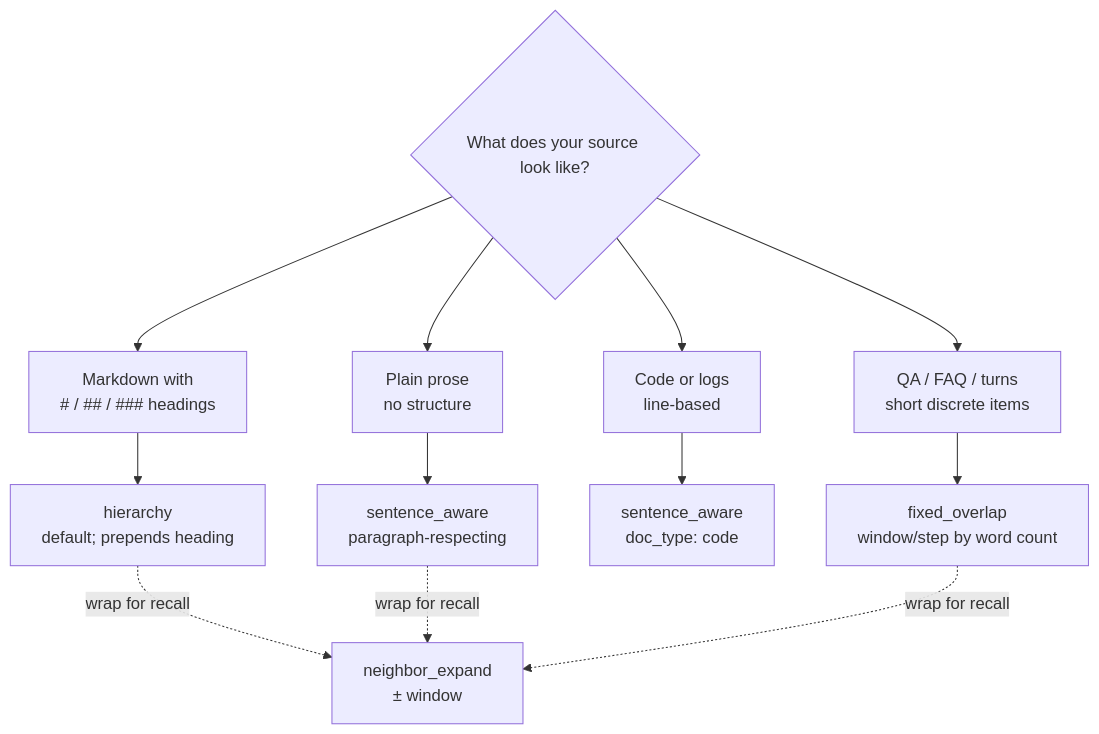
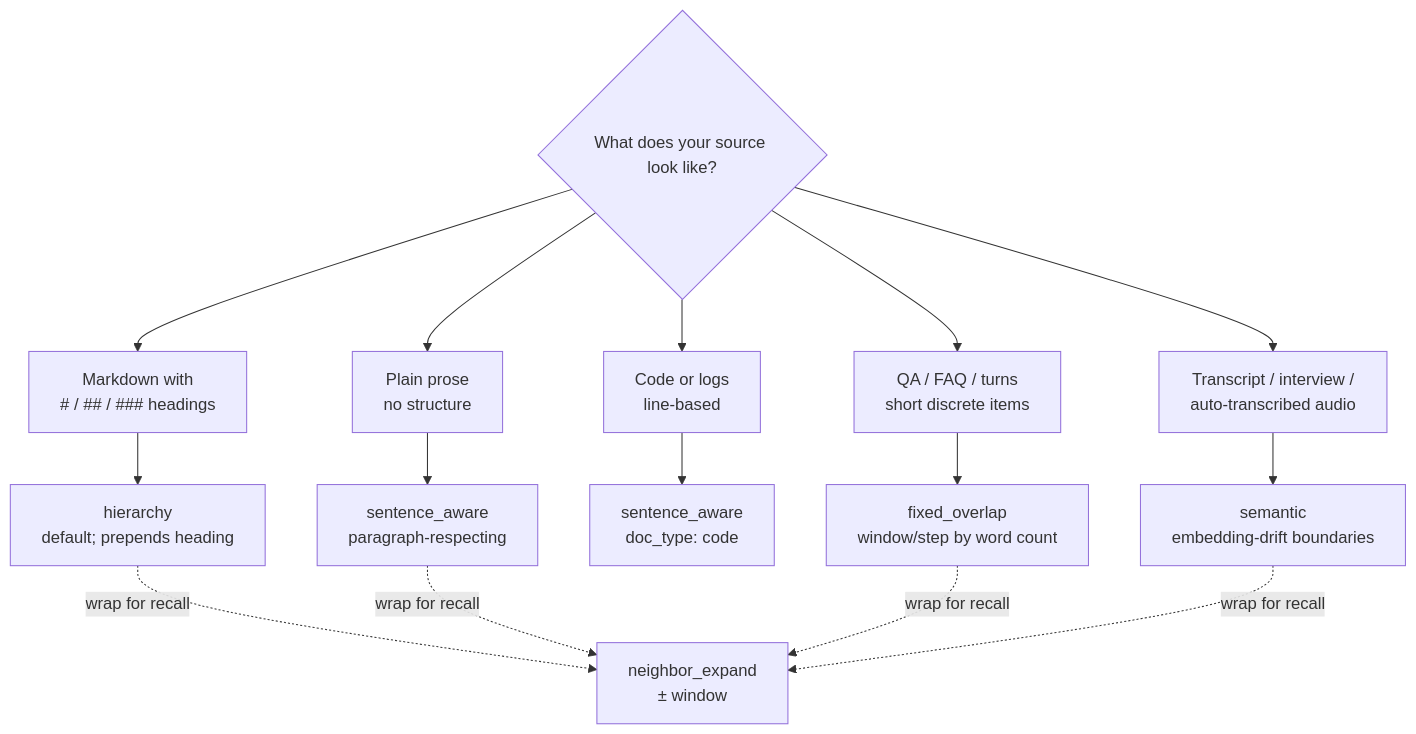
One commit to yonk-labs/chunkshop changed the diagram in docs/chunkers.md. Above: the diagram before and after it, drawn with Mermaid. The commit also changed other lines of this file and 6 other files, not shown here.

````diff
--- a/docs/chunkers.md
+++ b/docs/chunkers.md
@@ -12,15 +12,18 @@
 ```mermaid
 flowchart TB
     Q{What does your source look like?}
     Q --> HAS_HEADINGS[Markdown with<br/># / ## / ### headings]
     Q --> PROSE[Plain prose<br/>no structure]
     Q --> CODE[Code or logs<br/>line-based]
     Q --> QA[QA / FAQ / turns<br/>short discrete items]
+    Q --> UNSTRUCTURED[Transcript / interview /<br/>auto-transcribed audio]
     HAS_HEADINGS --> H[hierarchy<br/>default; prepends heading]
     PROSE --> SA[sentence_aware<br/>paragraph-respecting]
     CODE --> SA_CODE[sentence_aware<br/>doc_type: code]
     QA --> FO[fixed_overlap<br/>window/step by word count]
+    UNSTRUCTURED --> SEM[semantic<br/>embedding-drift boundaries]
     H -.wrap for recall.-> NE[neighbor_expand<br/>± window]
     SA -.wrap for recall.-> NE
     FO -.wrap for recall.-> NE
+    SEM -.wrap for recall.-> NE
 ```
````
